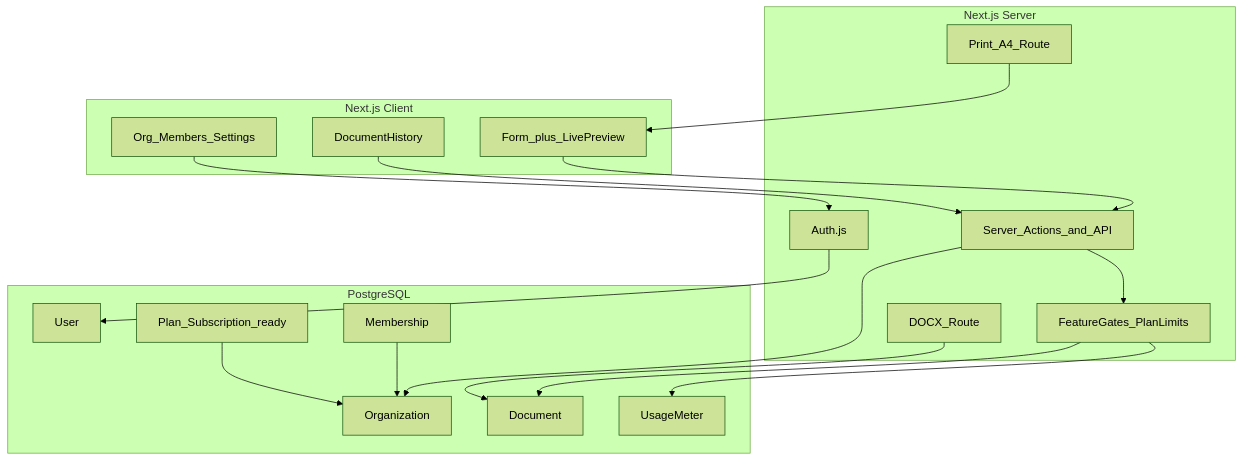
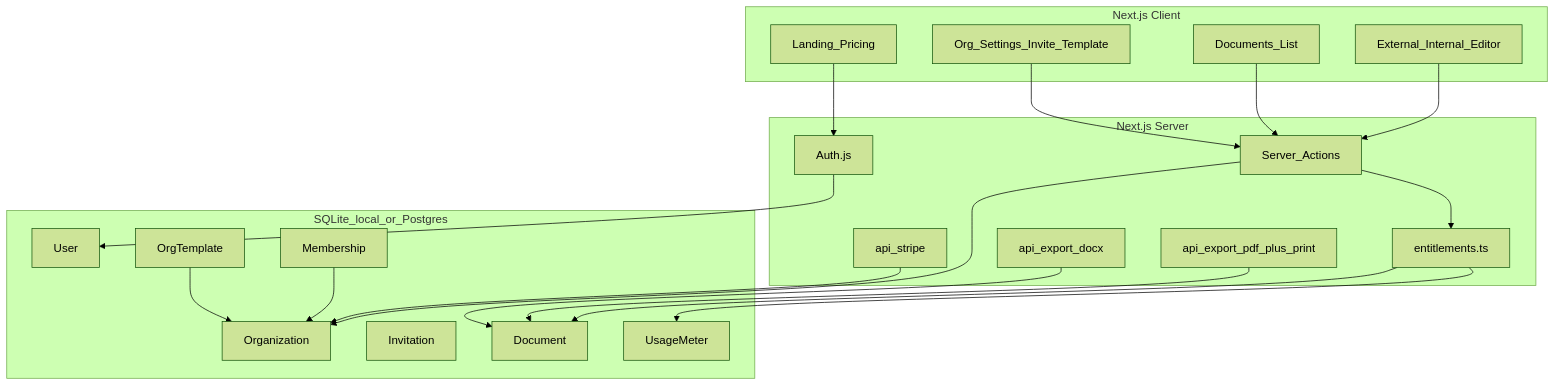
The diagram in docs/PLAN.md (akhira022/EasyKrut), drawn with Mermaid (forest theme) before and after one commit. The commit also changed other lines of this file and 3 other files, not shown here.

````diff
--- a/docs/PLAN.md
+++ b/docs/PLAN.md
@@ -31,38 +52,43 @@
 ```mermaid
 flowchart TB
   subgraph client [Next.js Client]
-    Editor[Form_plus_LivePreview]
-    History[DocumentHistory]
-    OrgUI[Org_Members_Settings]
+    Landing[Landing_Pricing]
+    Editor[External_Internal_Editor]
+    History[Documents_List]
+    OrgUI[Org_Settings_Invite_Template]
   end
 
   subgraph server [Next.js Server]
     Auth[Auth.js]
-    API[Server_Actions_and_API]
-    Gates[FeatureGates_PlanLimits]
-    ExportPDF[Print_A4_Route]
-    ExportDOCX[DOCX_Route]
+    Actions[Server_Actions]
+    Gates[entitlements.ts]
+    ExportPDF[api_export_pdf_plus_print]
+    ExportDOCX[api_export_docx]
+    StripeAPI[api_stripe]
   end
 
-  subgraph data [PostgreSQL]
+  subgraph data [SQLite_local_or_Postgres]
     Users[User]
     Orgs[Organization]
     Members[Membership]
+    Invites[Invitation]
     Docs[Document]
-    Plans[Plan_Subscription_ready]
+    Template[OrgTemplate]
     Usage[UsageMeter]
   end
 
-  Editor --> API
-  History --> API
-  OrgUI --> Auth
-  API --> Gates
+  Landing --> Auth
+  Editor --> Actions
+  History --> Actions
+  OrgUI --> Actions
+  Actions --> Gates
   Gates --> Docs
   Gates --> Usage
-  API --> Orgs
+  Actions --> Orgs
+  ExportPDF --> Docs
   ExportDOCX --> Docs
-  ExportPDF --> Editor
+  StripeAPI --> Orgs
   Auth --> Users
   Members --> Orgs
-  Plans --> Orgs
+  Template --> Orgs
 ```
````
